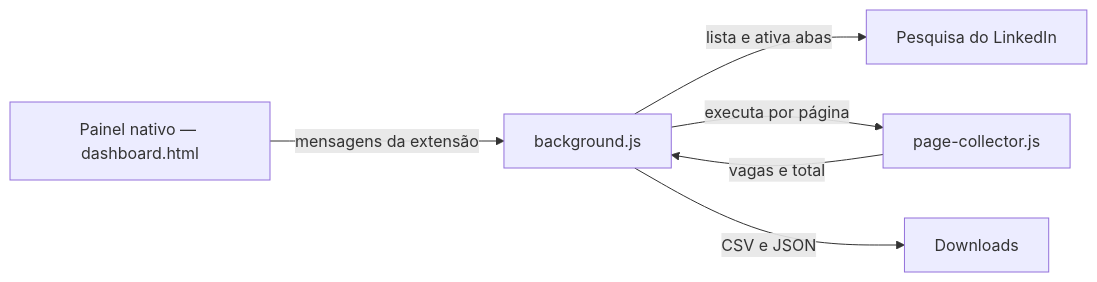
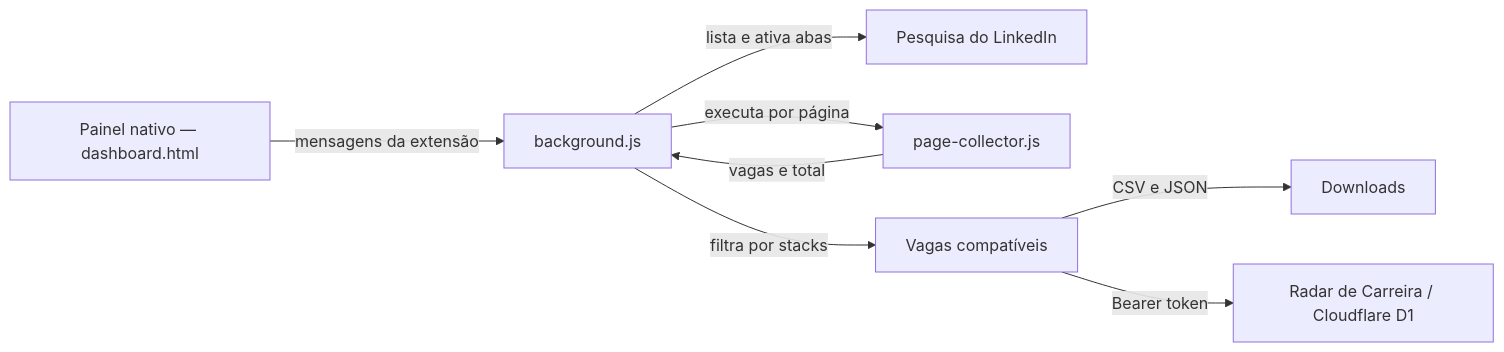
Before and after one commit to al-ramos/linkedin-job-collector: the diagram in README.md, drawn with Mermaid. The commit also changed other lines of this file and 7 other files, not shown here.

Commit message:
feat: filtrar stacks e enviar vagas ao Radar

````diff
--- a/README.md
+++ b/README.md
@@ -251,8 +294,10 @@
 ```mermaid
 flowchart LR
     A["Painel nativo — dashboard.html"] -->|mensagens da extensão| C["background.js"]
     C -->|lista e ativa abas| D["Pesquisa do LinkedIn"]
     C -->|executa por página| E["page-collector.js"]
     E -->|vagas e total| C
-    C -->|CSV e JSON| F["Downloads"]
+    C -->|filtra por stacks| G["Vagas compatíveis"]
+    G -->|CSV e JSON| F["Downloads"]
+    G -->|Bearer token| H["Radar de Carreira / Cloudflare D1"]
 ```
````
